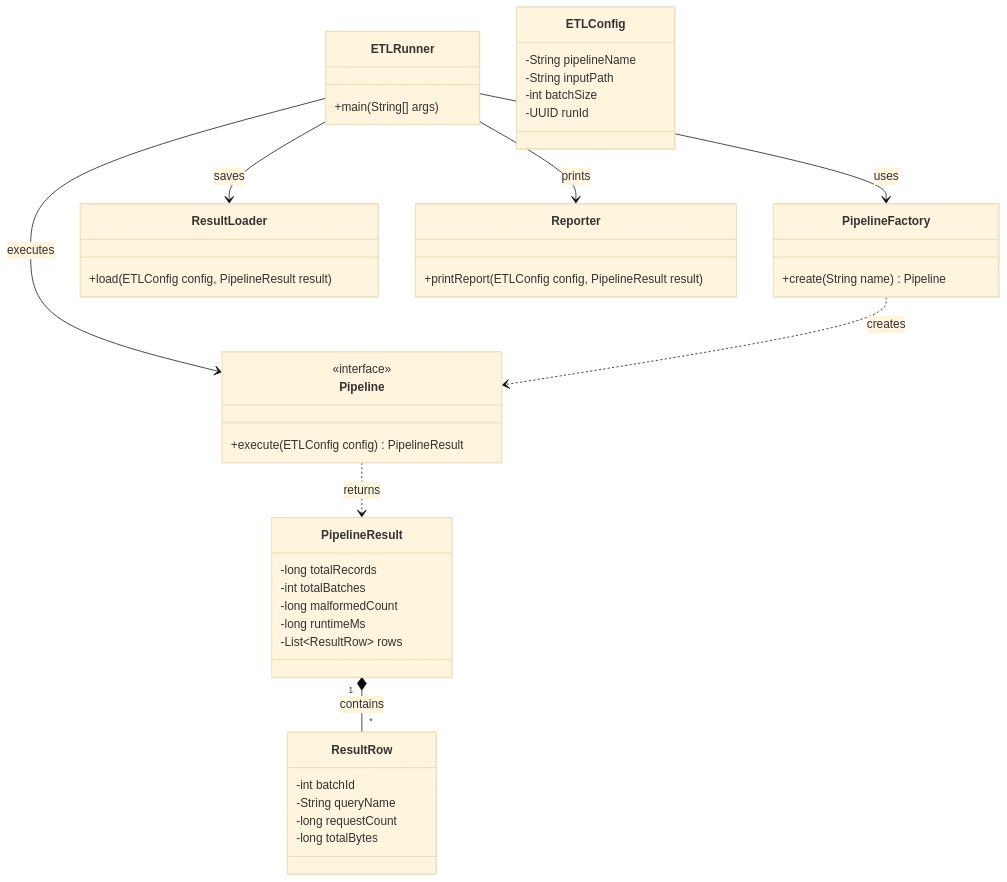
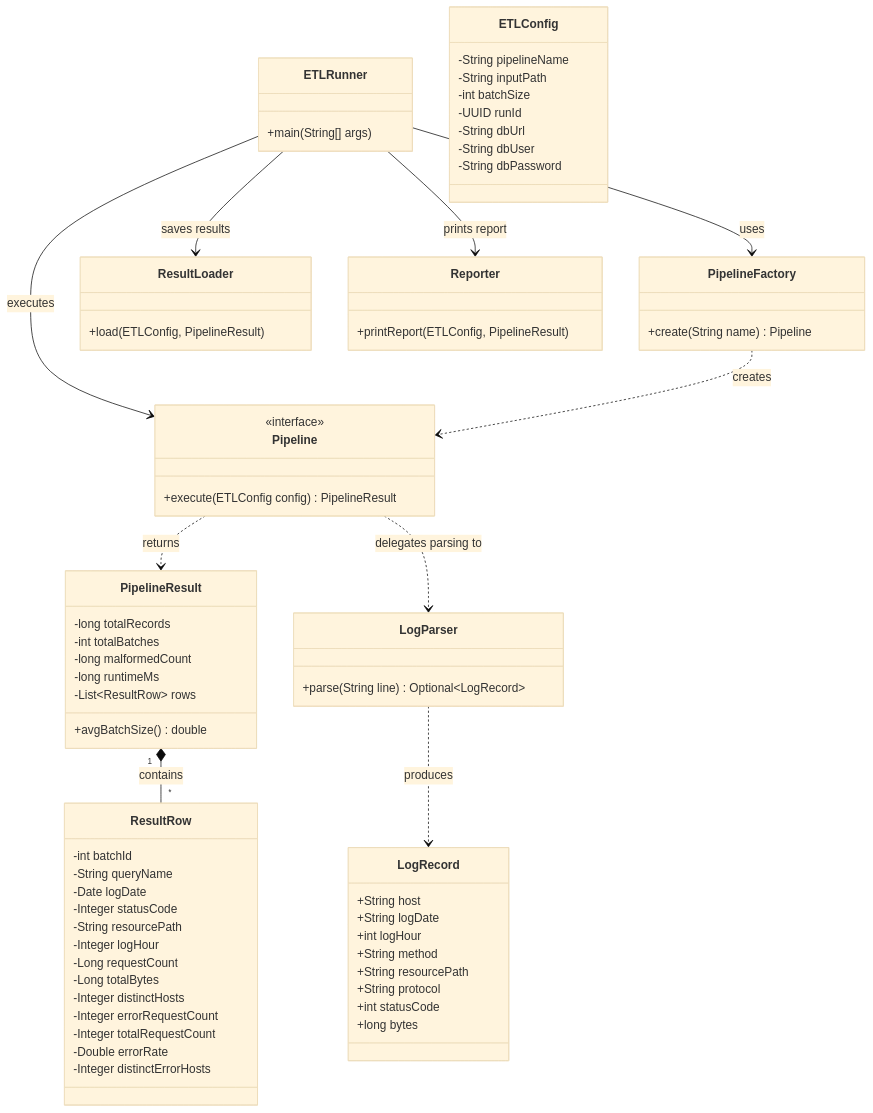
Before and after one commit to Rohitangshu2026/NoSQL: the first of 3 diagrams in Project/etl-framework/README.md, drawn with Mermaid (base theme). The commit also changed other lines of this file, not shown here.

````diff
--- a/Project/etl-framework/README.md
+++ b/Project/etl-framework/README.md
@@ -11,46 +13,74 @@
 ```mermaid
 classDiagram
     class ETLRunner {
         +main(String[] args)
     }
     class PipelineFactory {
         +create(String name) Pipeline
     }
     class Pipeline {
         <<interface>>
         +execute(ETLConfig config) PipelineResult
     }
     class ETLConfig {
         -String pipelineName
         -String inputPath
         -int batchSize
         -UUID runId
+        -String dbUrl
+        -String dbUser
+        -String dbPassword
     }
     class PipelineResult {
         -long totalRecords
         -int totalBatches
         -long malformedCount
         -long runtimeMs
         -List~ResultRow~ rows
+        +avgBatchSize() double
     }
     class ResultRow {
         -int batchId
         -String queryName
-        -long requestCount
-        -long totalBytes
+        -Date logDate
+        -Integer statusCode
+        -String resourcePath
+        -Integer logHour
+        -Long requestCount
+        -Long totalBytes
+        -Integer distinctHosts
+        -Integer errorRequestCount
+        -Integer totalRequestCount
+        -Double errorRate
+        -Integer distinctErrorHosts
+    }
+    class LogParser {
+        +parse(String line) Optional~LogRecord~
+    }
+    class LogRecord {
+        +String host
+        +String logDate
+        +int logHour
+        +String method
+        +String resourcePath
+        +String protocol
+        +int statusCode
+        +long bytes
     }
     class ResultLoader {
-        +load(ETLConfig config, PipelineResult result)
+        +load(ETLConfig, PipelineResult)
     }
     class Reporter {
-        +printReport(ETLConfig config, PipelineResult result)
+        +printReport(ETLConfig, PipelineResult)
     }
-    
+
     ETLRunner --> PipelineFactory : uses
     ETLRunner --> Pipeline : executes
-    ETLRunner --> ResultLoader : saves
-    ETLRunner --> Reporter : prints
+    ETLRunner --> ResultLoader : saves results
+    ETLRunner --> Reporter : prints report
     PipelineFactory ..> Pipeline : creates
     Pipeline ..> PipelineResult : returns
     PipelineResult "1" *-- "*" ResultRow : contains
+    Pipeline ..> LogParser : delegates parsing to
+    LogParser ..> LogRecord : produces
 ```
````
